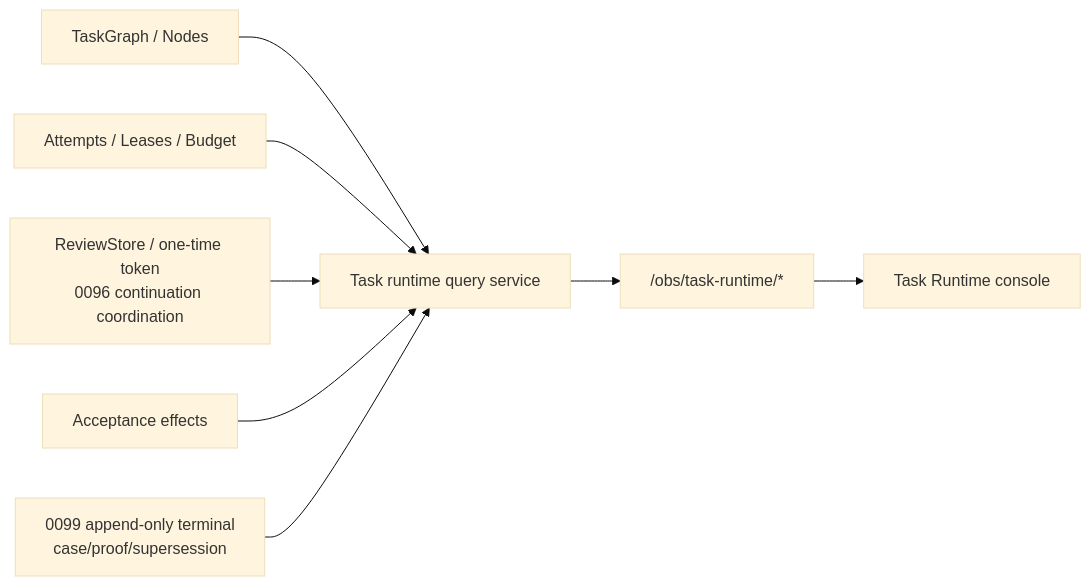
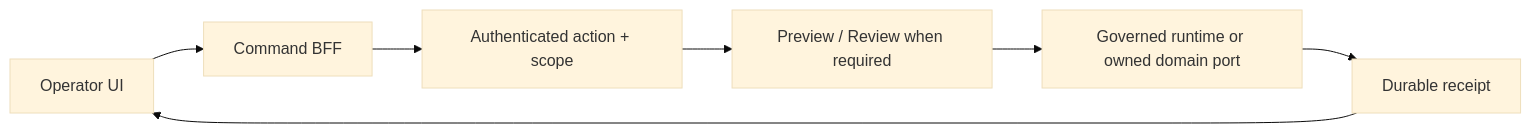
The third of 4 diagrams in docs/50_project/arch/diagrams/07_observability_topology.md (SakuraYoruno/Natsume_Ai), drawn with Mermaid (base theme) before and after one commit. The commit also changed other lines of this file, not shown here.

````diff
--- a/docs/50_project/arch/diagrams/07_observability_topology.md
+++ b/docs/50_project/arch/diagrams/07_observability_topology.md
@@ -156,18 +83,9 @@
 ```mermaid
 flowchart LR
-    GRAPH["TaskGraph / Nodes"]
-    ATTEMPT["Attempts / Leases / Budget"]
-    REVIEW["ReviewStore / one-time token\n0096 continuation coordination"]
-    EFFECT["Acceptance effects"]
-    TERMINAL["0099 append-only terminal\ncase/proof/supersession"]
-    Q["Task runtime query service"]
-    API["/obs/task-runtime/*"]
-    PAGE["Task Runtime console"]
-
-    GRAPH --> Q
-    ATTEMPT --> Q
-    REVIEW --> Q
-    EFFECT --> Q
-    TERMINAL --> Q
-    Q --> API --> PAGE
+    UI["Operator UI"] --> BFF["Command BFF"]
+    BFF --> AUTH["Authenticated action + scope"]
+    AUTH --> PREVIEW["Preview / Review when required"]
+    PREVIEW --> DOMAIN["Governed runtime or owned domain port"]
+    DOMAIN --> RECEIPT["Durable receipt"]
+    RECEIPT --> UI
 ```
````
